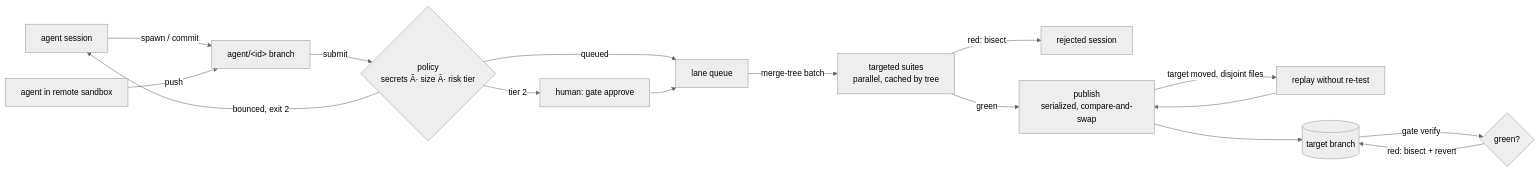
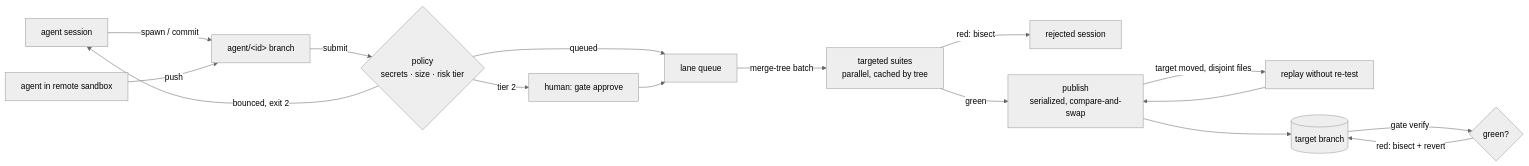
One commit to juw12/gate changed the diagram in README.md. Above: the diagram before and after it, drawn with Mermaid (neutral theme). The commit also changed other lines of this file and 4 other files, not shown here.

````diff
--- a/README.md
+++ b/README.md
@@ -30,18 +30,18 @@
 ```mermaid
 flowchart LR
   A1[agent session] -- spawn / commit --> B[agent/&lt;id&gt; branch]
   A2[agent in remote sandbox] -- push --> B
-  B -- submit --> P{policy<br/>secrets Â· size Â· risk tier}
+  B -- submit --> P{policy<br/>secrets · size · risk tier}
   P -- bounced, exit 2 --> A1
   P -- tier 2 --> H[human: gate approve]
   P -- queued --> L[lane queue]
   H --> L
   L -- merge-tree batch --> T[targeted suites<br/>parallel, cached by tree]
   T -- red: bisect --> R[rejected session]
   T -- green --> PUB[publish<br/>serialized, compare-and-swap]
   PUB -- target moved, disjoint files --> C[replay without re-test]
   C --> PUB
   PUB --> M[(target branch)]
   M -- gate verify --> V{green?}
   V -- red: bisect + revert --> M
 ```
````
